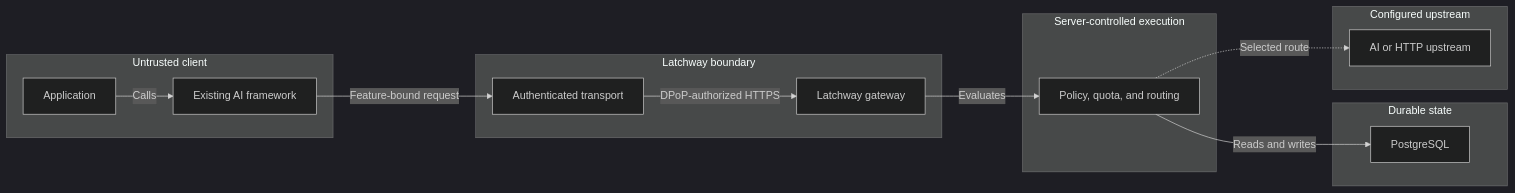
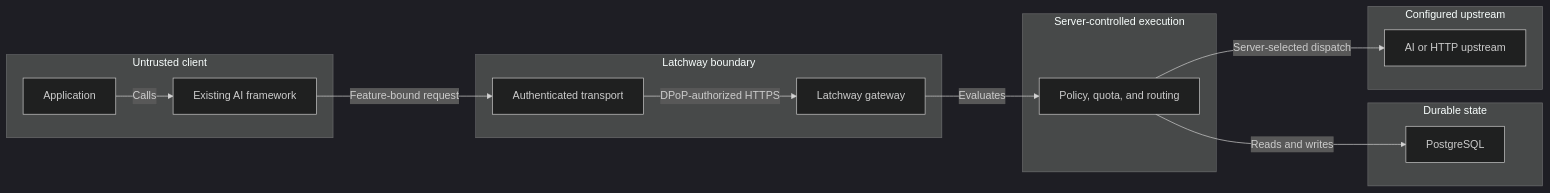
Before and after one commit to Latchway/latchway: the first of 2 diagrams in docs/public/start/architecture-at-a-glance.mdx, drawn with Mermaid (dark theme). The commit also changed other lines of this file and 60 other files, not shown here.

````diff
--- a/docs/public/start/architecture-at-a-glance.mdx
+++ b/docs/public/start/architecture-at-a-glance.mdx
@@ -9,27 +11,30 @@
 ```mermaid
 flowchart LR
+    accTitle: Latchway in one picture
+    accDescr: An untrusted application uses an existing AI framework and a Latchway authenticated transport to reach the Latchway gateway, which applies server-owned policy, quota, and routing with PostgreSQL before calling a configured upstream.
+
     subgraph client ["Untrusted client"]
         application["Application"]
         framework["Existing AI framework"]
     end
     subgraph gateway ["Latchway boundary"]
         transport["Authenticated transport"]
         latchway["Latchway gateway"]
     end
     subgraph service ["Server-controlled execution"]
         policy["Policy, quota, and routing"]
     end
     subgraph datastore ["Durable state"]
         postgres["PostgreSQL"]
     end
     subgraph external ["Configured upstream"]
         upstream["AI or HTTP upstream"]
     end
 
     application -->|"Calls"| framework
     framework -->|"Feature-bound request"| transport
     transport -->|"DPoP-authorized HTTPS"| latchway
     latchway -->|"Evaluates"| policy
     policy -->|"Reads and writes"| postgres
-    policy -.->|"Selected route"| upstream
+    policy -->|"Server-selected dispatch"| upstream
 ```
````
